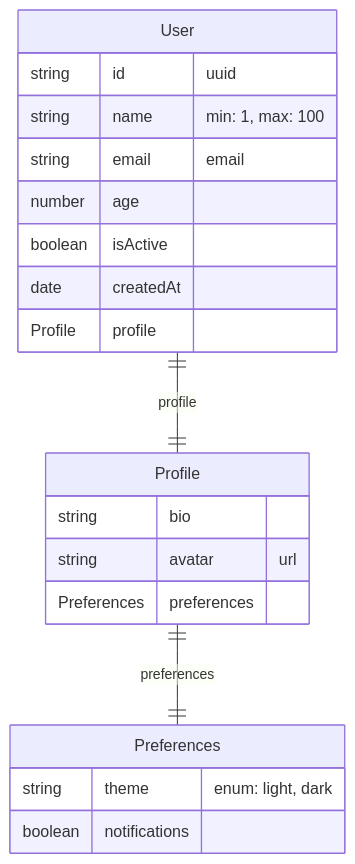
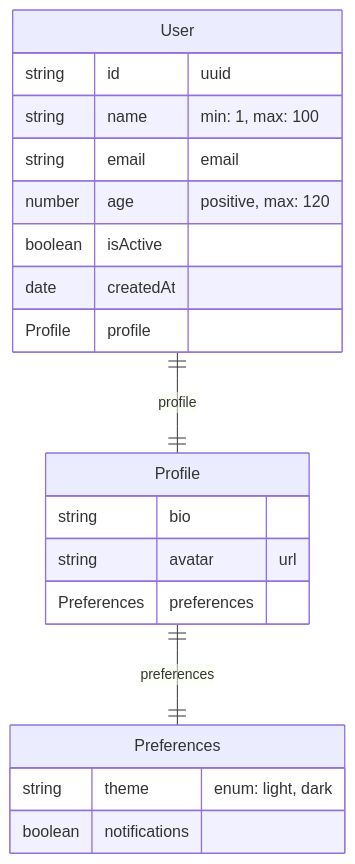
The first of 16 diagrams in examples/mermaid-examples.md (kothar/zod-mermaid), drawn with Mermaid before and after one commit. The commit also changed other lines of this file and 8 other files, not shown here.

````diff
--- a/examples/mermaid-examples.md
+++ b/examples/mermaid-examples.md
@@ -8,23 +8,23 @@
 ```mermaid
 erDiagram
     User {
         string id "uuid"
         string name "min: 1, max: 100"
         string email "email"
-        number age
+        number age "positive, max: 120"
         boolean isActive
         date createdAt
         Profile profile
     }
     Profile {
         string bio
         string avatar "url"
         Preferences preferences
     }
     Preferences {
         string theme "enum: light, dark"
         boolean notifications
     }
     User ||--|| Profile : "profile"
     Profile ||--|| Preferences : "preferences"
 ```
````
